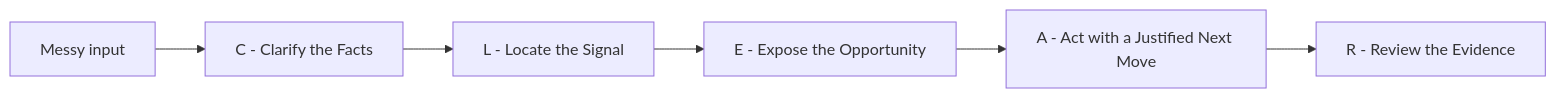
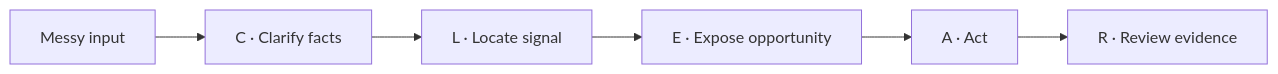
The diagram in README.md (fzfclee/signal-to-action-planner), drawn with Mermaid before and after one commit. The commit also changed other lines of this file and 7 other files, not shown here.

````diff
--- a/README.md
+++ b/README.md
@@ -22,8 +56,8 @@
 ```mermaid
 flowchart LR
-    A["Messy input"] --> C["C - Clarify the Facts"]
-    C --> L["L - Locate the Signal"]
-    L --> E["E - Expose the Opportunity"]
-    E --> ACT["A - Act with a Justified Next Move"]
-    ACT --> R["R - Review the Evidence"]
+    I["Messy input"] --> C["C · Clarify facts"]
+    C --> L["L · Locate signal"]
+    L --> E["E · Expose opportunity"]
+    E --> A["A · Act"]
+    A --> R["R · Review evidence"]
 ```
````
